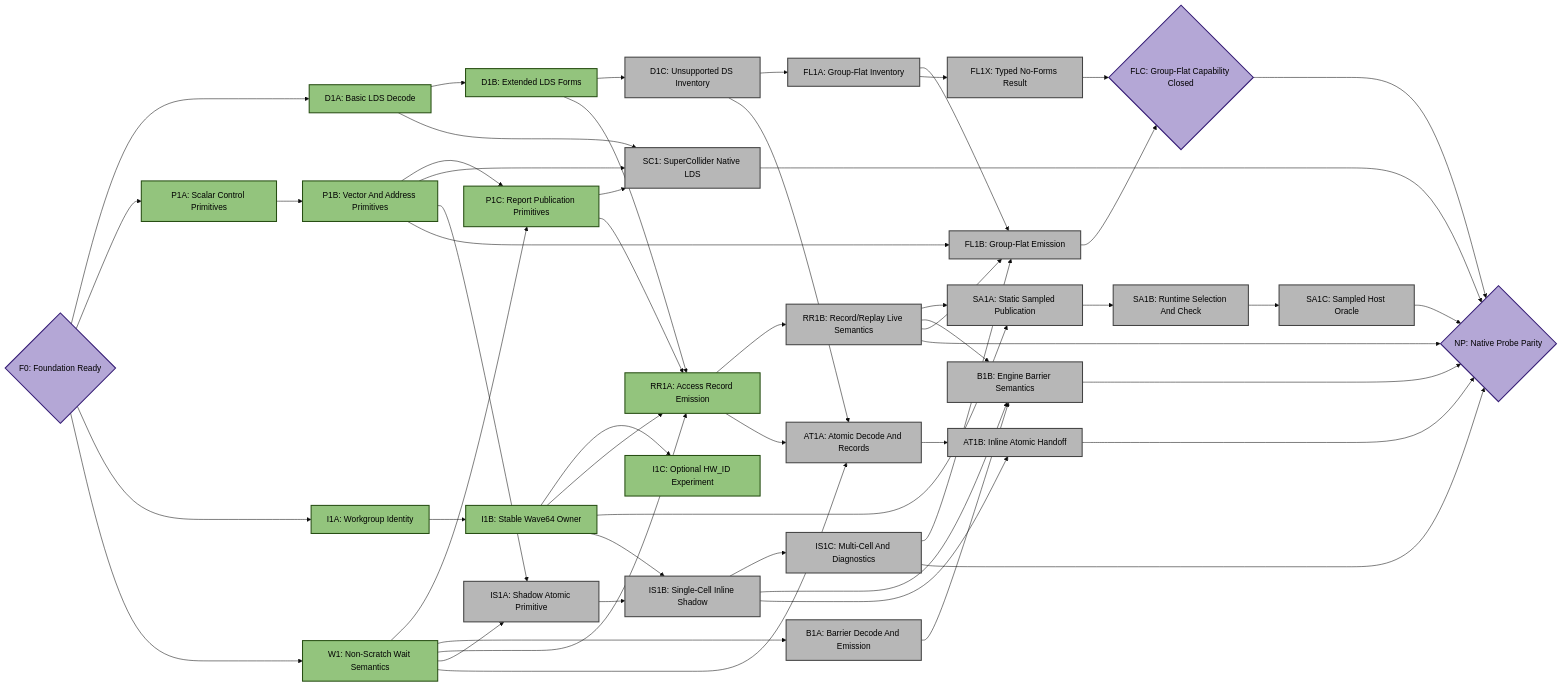
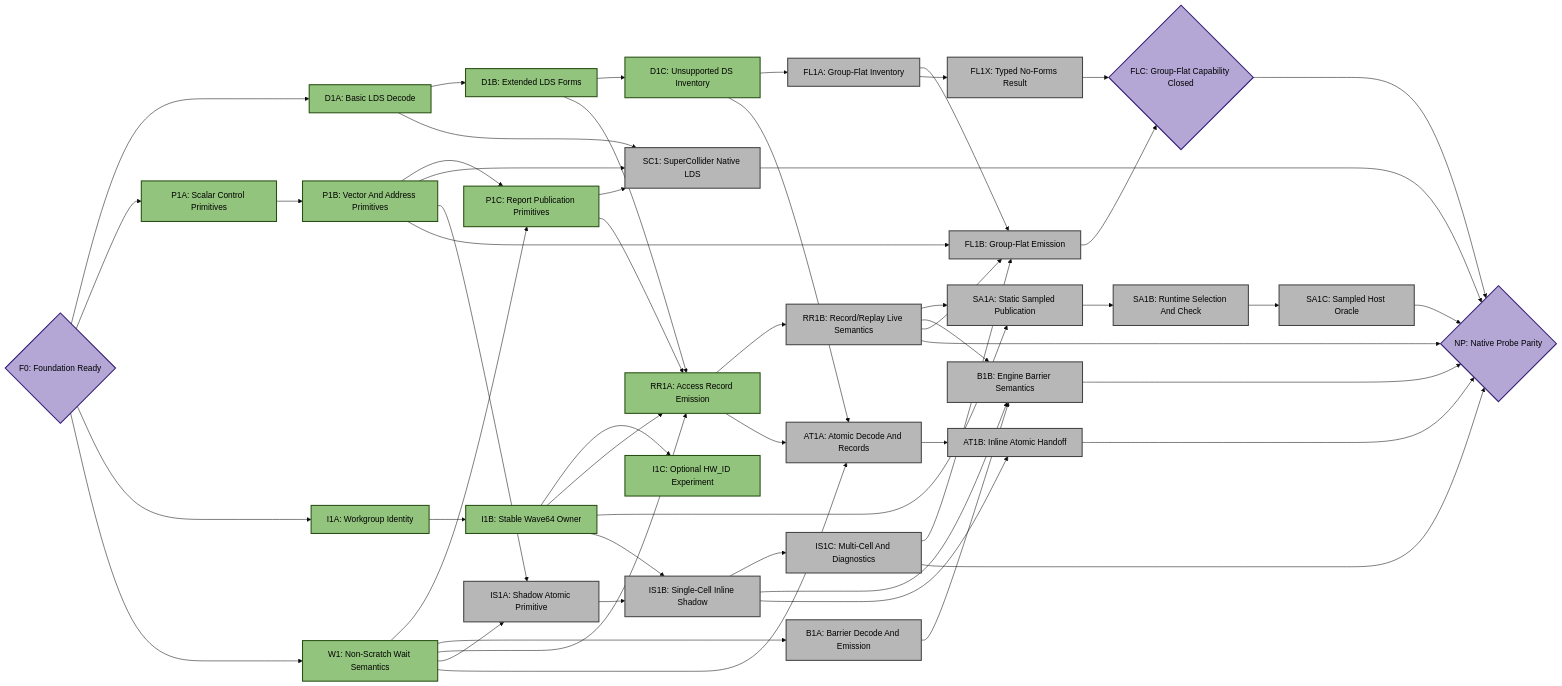
One commit to ROCm/rocm-systems changed the fourth of 5 diagrams in emulation/rocjitsu/docs/consan/PLAN_GFX950.md. Above: the diagram before and after it, drawn with Mermaid (base theme). The commit also changed other lines of this file and 4 other files, not shown here.

```diff
--- a/emulation/rocjitsu/docs/consan/PLAN_GFX950.md
+++ b/emulation/rocjitsu/docs/consan/PLAN_GFX950.md
@@ -295,7 +301,7 @@
   F0{"F0: Foundation Ready"}:::target
   D1A["D1A: Basic LDS Decode"]:::done
   D1B["D1B: Extended LDS Forms"]:::done
-  D1C["D1C: Unsupported DS Inventory"]:::todo
+  D1C["D1C: Unsupported DS Inventory"]:::done
   P1A["P1A: Scalar Control Primitives"]:::done
   P1B["P1B: Vector And Address Primitives"]:::done
   P1C["P1C: Report Publication Primitives"]:::done
```
